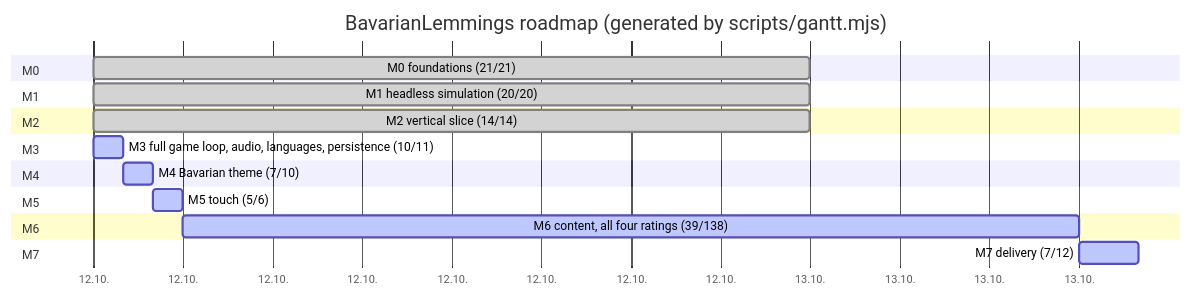
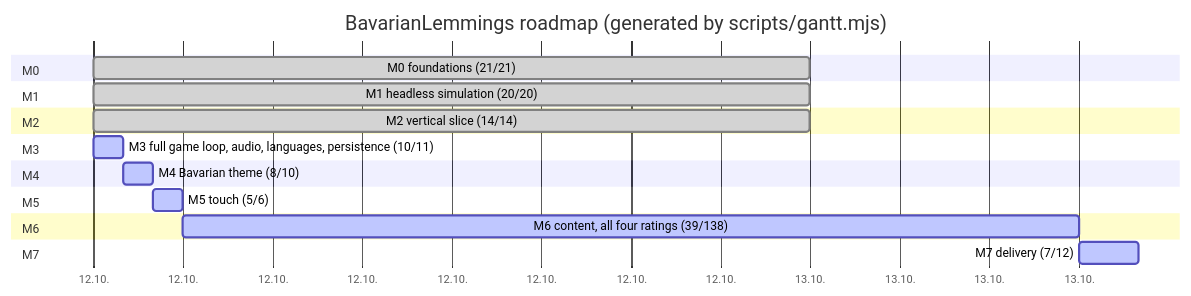
One commit to marcelpetrick/BavarianLemmings changed the diagram in plan.md. Above: the diagram before and after it, drawn with Mermaid. The commit also changed other lines of this file and 7 other files, not shown here.

````diff
--- a/plan.md
+++ b/plan.md
@@ -43,22 +43,22 @@
 ```mermaid
 gantt
     title BavarianLemmings roadmap (generated by scripts/gantt.mjs)
     dateFormat  YYYY-MM-DD
     axisFormat  %d.%m.
     section M0
     M0 foundations (21/21) :done, m0, 2026-10-12, 1d
     section M1
     M1 headless simulation (20/20) :done, m1, 2026-10-12, 1d
     section M2
     M2 vertical slice (14/14) :done, m2, 2026-10-12, 1d
     section M3
     M3 full game loop, audio, languages, persistence (10/11) :active, m3, 2026-10-12, 1h
     section M4
-    M4 Bavarian theme (7/10) :active, m4, after m3, 1h
+    M4 Bavarian theme (8/10) :active, m4, after m3, 1h
     section M5
     M5 touch (5/6) :active, m5, after m4, 1h
     section M6
     M6 content, all four ratings (39/138) :active, m6, after m5, 30h
     section M7
     M7 delivery (7/12) :active, m7, after m6, 2h
 ```
````
